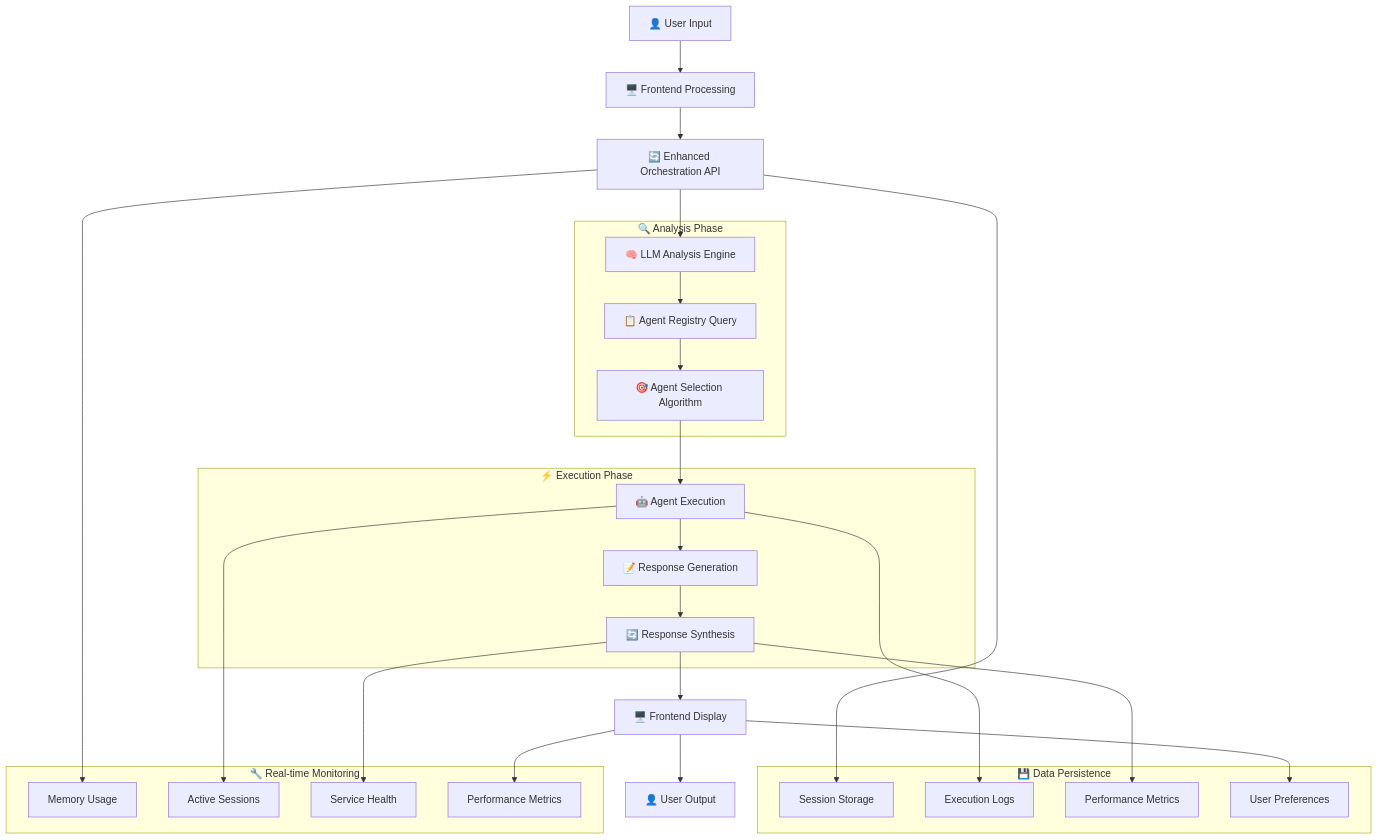
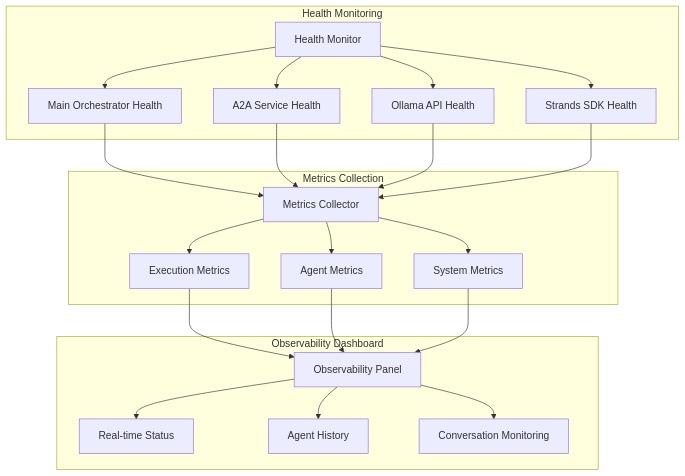
One commit to ashfrnndz21/AgentOS_Latest_Release changed the eighth of 9 diagrams in docs/ARCHITECTURE_DIAGRAMS.md. Above: the diagram before and after it, drawn with Mermaid. The commit also changed other lines of this file and 6 other files, not shown here.

````diff
--- a/docs/ARCHITECTURE_DIAGRAMS.md
+++ b/docs/ARCHITECTURE_DIAGRAMS.md
@@ -537,49 +285,46 @@
 ```mermaid
-flowchart TD
-    A[👤 User Input] --> B[🖥️ Frontend Processing]
-    B --> C[🔄 Enhanced Orchestration API]
-    C --> D[🧠 LLM Analysis Engine]
-    D --> E[📋 Agent Registry Query]
-    E --> F[🎯 Agent Selection Algorithm]
-    F --> G[🤖 Agent Execution]
-    G --> H[📝 Response Generation]
-    H --> I[🔄 Response Synthesis]
-    I --> J[🖥️ Frontend Display]
-    J --> K[👤 User Output]
-    
-    subgraph "🔍 Analysis Phase"
-        D
-        E
-        F
+graph TB
+    subgraph "Health Monitoring"
+        HM[Health Monitor]
+        H1[Main Orchestrator Health]
+        H2[A2A Service Health]
+        H3[Ollama API Health]
+        H4[Strands SDK Health]
     end
     
-    subgraph "⚡ Execution Phase"
-        G
-        H
-        I
+    subgraph "Metrics Collection"
+        MC[Metrics Collector]
+        EM[Execution Metrics]
+        AM[Agent Metrics]
+        SM[System Metrics]
     end
     
-    subgraph "💾 Data Persistence"
-        L[Session Storage]
-        M[Execution Logs]
-        N[Performance Metrics]
-        O[User Preferences]
+    subgraph "Observability Dashboard"
+        OD[Observability Panel]
+        RT[Real-time Status]
+        AH[Agent History]
+        CM[Conversation Monitoring]
     end
     
-    C --> L
-    G --> M
-    I --> N
-    J --> O
+    HM --> H1
+    HM --> H2
+    HM --> H3
+    HM --> H4
     
-    subgraph "🔧 Real-time Monitoring"
-        P[Memory Usage]
-        Q[Active Sessions]
-        R[Service Health]
-        S[Performance Metrics]
-    end
+    H1 --> MC
+    H2 --> MC
+    H3 --> MC
+    H4 --> MC
     
-    C --> P
-    G --> Q
-    I --> R
-    J --> S
+    MC --> EM
+    MC --> AM
+    MC --> SM
+    
+    EM --> OD
+    AM --> OD
+    SM --> OD
+    
+    OD --> RT
+    OD --> AH
+    OD --> CM
 ```
````
